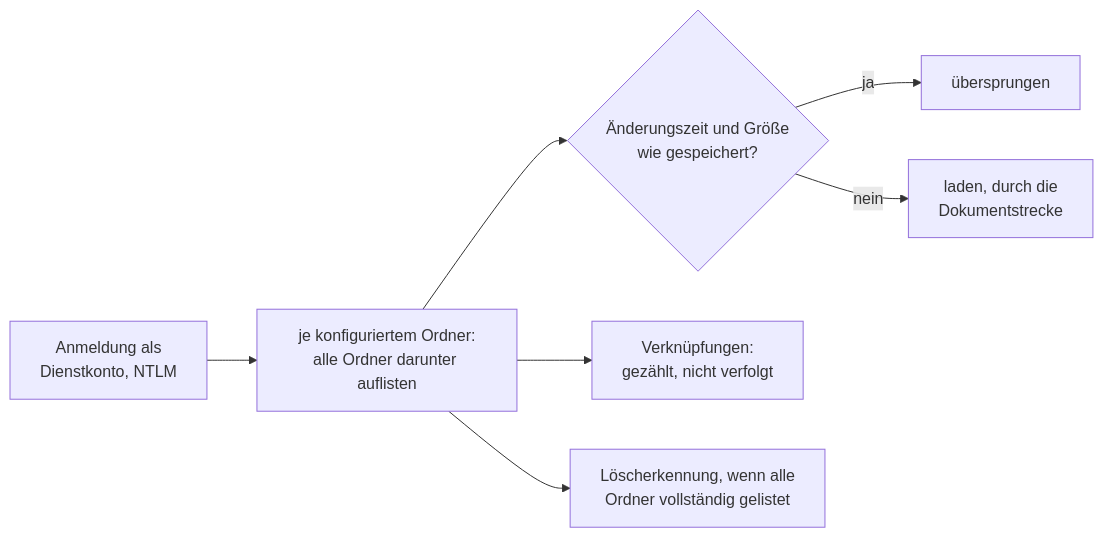
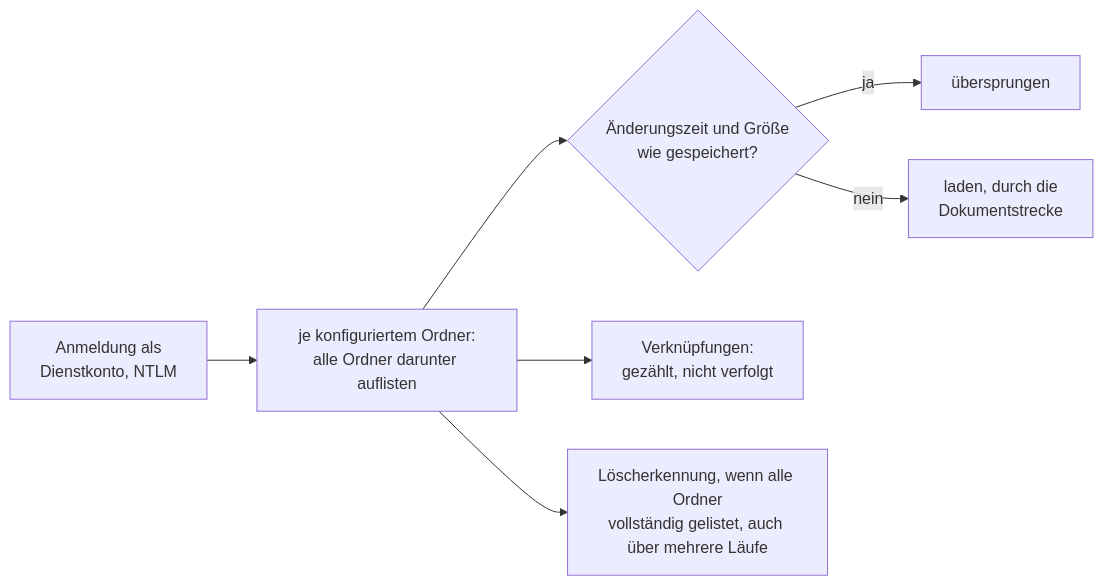
Before and after one commit to criew/opaa: the diagram in docs/handbuch/konnektor-smb.md, drawn with Mermaid. The commit also changed other lines of this file and 15 other files, not shown here.

First line of the commit message:
fix(indexing): Runde über Läufe – Ort prüfen, geänderte Ordner und ungesicherte Präsenz nicht merken

````diff
--- a/docs/handbuch/konnektor-smb.md
+++ b/docs/handbuch/konnektor-smb.md
@@ -42,9 +43,9 @@
 ```mermaid
 flowchart LR
     A[Anmeldung als<br/>Dienstkonto, NTLM] --> B[je konfiguriertem Ordner:<br/>alle Ordner darunter auflisten]
     B --> C{Änderungszeit und Größe<br/>wie gespeichert?}
     C -- ja --> S[übersprungen]
     C -- nein --> F[laden, durch die<br/>Dokumentstrecke]
     B --> L[Verknüpfungen:<br/>gezählt, nicht verfolgt]
-    B --> R[Löscherkennung, wenn alle<br/>Ordner vollständig gelistet]
+    B --> R[Löscherkennung, wenn alle Ordner<br/>vollständig gelistet, auch über mehrere Läufe]
 ```
````
